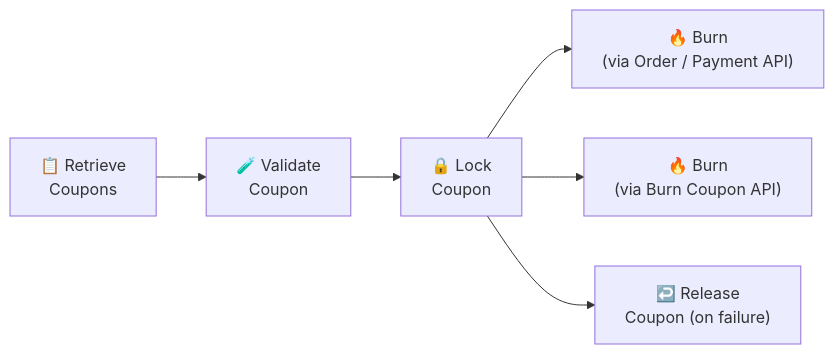
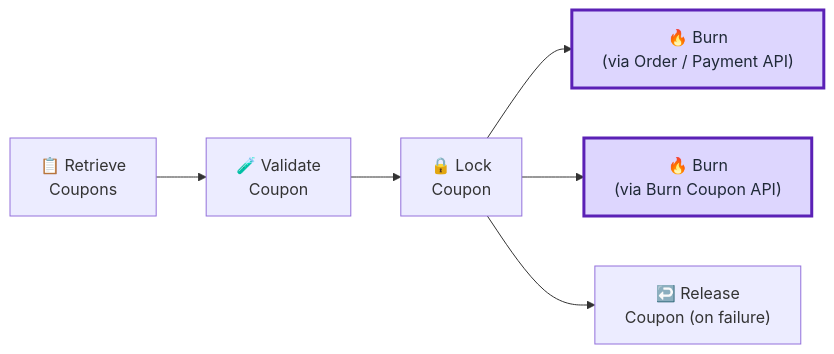
One commit to gameballers/gameball-docs changed the first of 6 diagrams in tutorials-new/experiences/gameball-discounts-engine/coupons/burn.mdx. Above: the diagram before and after it, drawn with Mermaid. The commit also changed 6 other files, not shown here.

````diff
--- a/tutorials-new/experiences/gameball-discounts-engine/coupons/burn.mdx
+++ b/tutorials-new/experiences/gameball-discounts-engine/coupons/burn.mdx
@@ -27,8 +27,12 @@
 ```mermaid
 flowchart LR
     A["📋 Retrieve<br/>Coupons"] --> B["🧪 Validate<br/>Coupon"]
     B --> C["🔒 Lock<br/>Coupon"]
     C --> D["🔥 Burn<br/>(via Order / Payment API)"]
     C --> E["🔥 Burn<br/>(via Burn Coupon API)"]
     C --> F["↩️ Release<br/>Coupon (on failure)"]
+
+classDef highlight fill:#DDD6FE,stroke:#5B21B6,stroke-width:3px,color:#1F2937;
+class D highlight;
+class E highlight;
 ```
````
